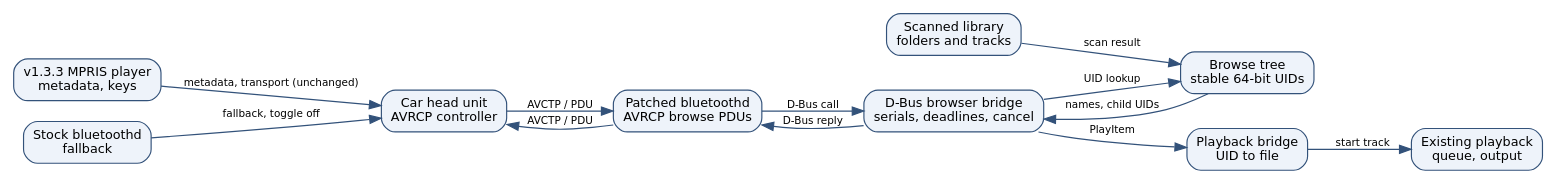
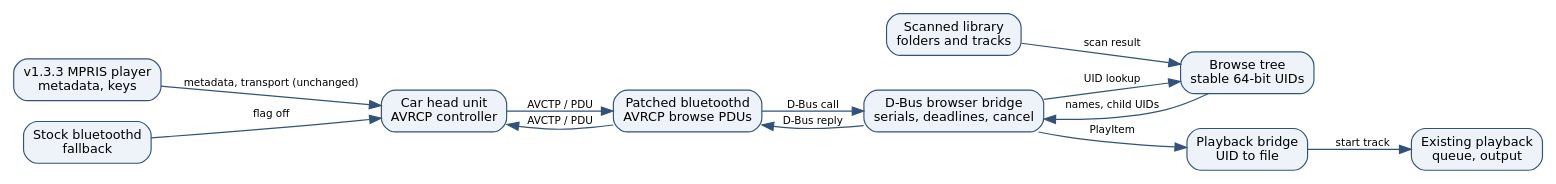
Before and after one commit to CookieCaptainD/sonix-player: the diagram in docs/pr-assets/architecture.dot, drawn with Graphviz. The commit also changed 22 other files, not shown here.

Commit message:
feat(bt): add AVRCP target browsing with stock daemon fallback

```diff
--- a/docs/pr-assets/architecture.dot
+++ b/docs/pr-assets/architecture.dot
@@ -1,28 +1,28 @@
 digraph avrcp_target_browsing {
   rankdir=LR;
   node [shape=box, style="rounded,filled", fillcolor="#eef3fa", color="#33527a",
         fontname="DejaVu Sans", fontsize=11];
   edge [color="#33527a", fontname="DejaVu Sans", fontsize=9];
 
   car [label="Car head unit\nAVRCP controller"];
   daemon [label="Patched bluetoothd\nAVRCP browse PDUs"];
   bridge [label="D-Bus browser bridge\nserials, deadlines, cancel"];
   tree [label="Browse tree\nstable 64-bit UIDs"];
   library [label="Scanned library\nfolders and tracks"];
   play [label="Playback bridge\nUID to file"];
   output [label="Existing playback\nqueue, output"];
   mpris [label="v1.3.3 MPRIS player\nmetadata, keys"];
   stock [label="Stock bluetoothd\nfallback"];
 
   car -> daemon [label="AVCTP / PDU"];
   daemon -> bridge [label="D-Bus call"];
   bridge -> tree [label="UID lookup"];
   library -> tree [label="scan result"];
   tree -> bridge [label="names, child UIDs"];
   bridge -> daemon [label="D-Bus reply"];
   daemon -> car [label="AVCTP / PDU"];
   bridge -> play [label="PlayItem"];
   play -> output [label="start track"];
   mpris -> car [label="metadata, transport (unchanged)"];
-  stock -> car [label="fallback, toggle off"];
+  stock -> car [label="flag off"];
 }
```
